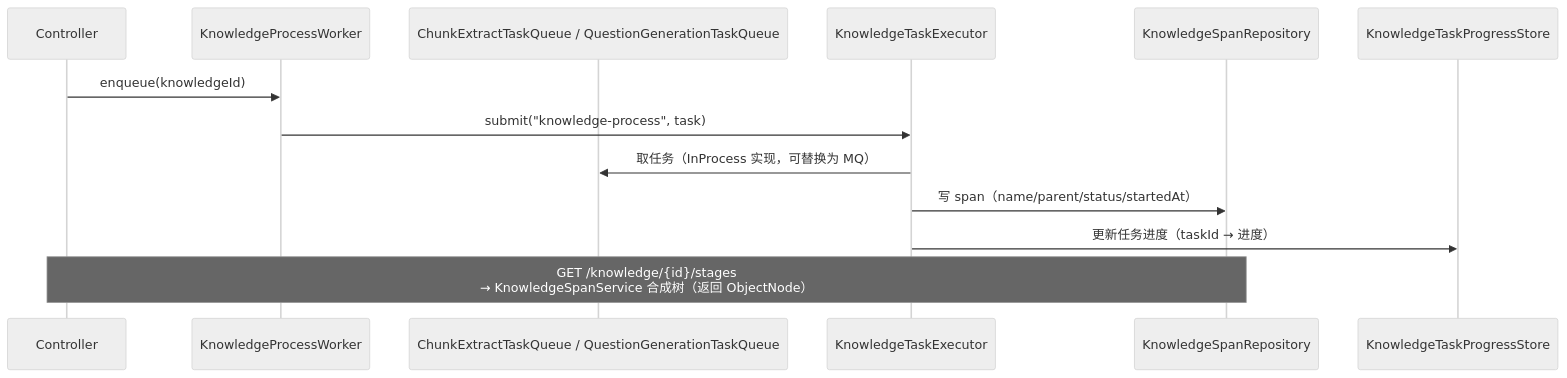
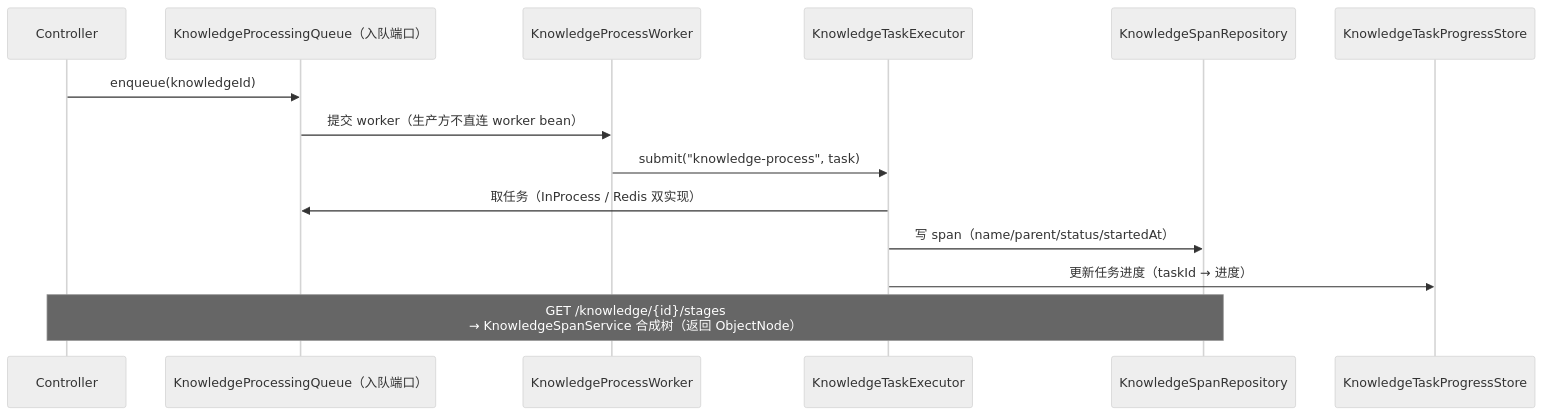
Before and after one commit to pmbilly/ragagent: the eighth of 9 diagrams in docs/knowledge-module-guide.md, drawn with Mermaid (neutral theme). The commit also changed other lines of this file and 36 other files, not shown here.

````diff
--- a/docs/knowledge-module-guide.md
+++ b/docs/knowledge-module-guide.md
@@ -435,16 +438,17 @@
 ```mermaid
 sequenceDiagram
     participant C as Controller
+    participant Q as KnowledgeProcessingQueue（入队端口）
     participant W as KnowledgeProcessWorker
-    participant Q as ChunkExtractTaskQueue / QuestionGenerationTaskQueue
     participant T as KnowledgeTaskExecutor
     participant SR as KnowledgeSpanRepository
     participant P as KnowledgeTaskProgressStore
 
-    C->>W: enqueue(knowledgeId)
+    C->>Q: enqueue(knowledgeId)
+    Q->>W: 提交 worker（生产方不直连 worker bean）
     W->>T: submit("knowledge-process", task)
-    T->>Q: 取任务（InProcess 实现，可替换为 MQ）
+    T->>Q: 取任务（InProcess / Redis 双实现）
     T->>SR: 写 span（name/parent/status/startedAt）
     T->>P: 更新任务进度（taskId → 进度）
     Note over C,SR: GET /knowledge/{id}/stages<br/>→ KnowledgeSpanService 合成树（返回 ObjectNode）
 ```
````
